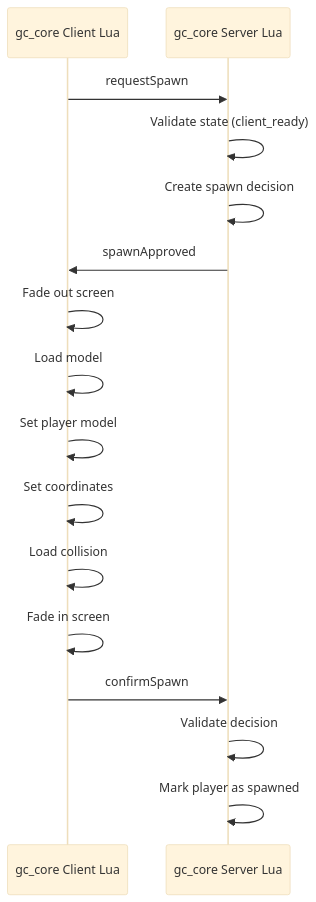
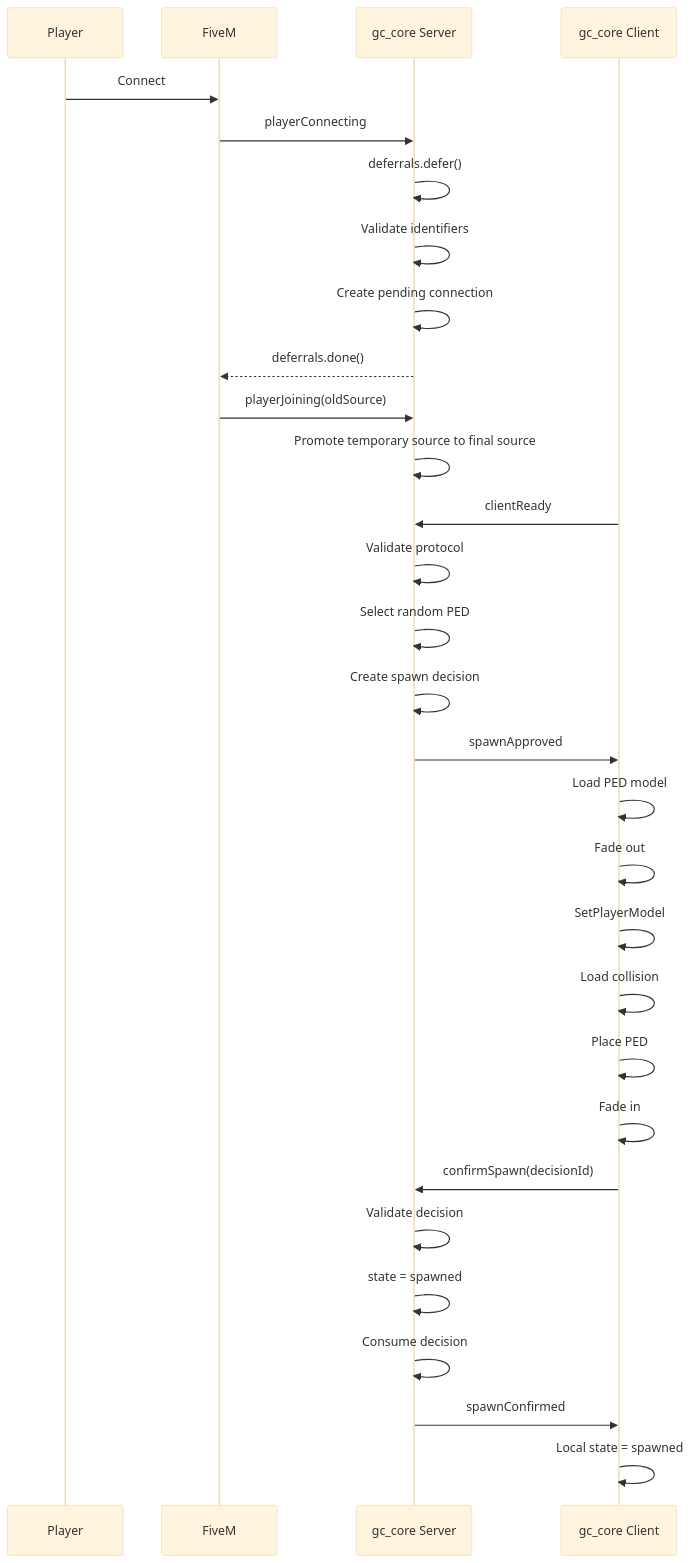
The diagram in docs/en/07-spawn-flow.md (chel38/GCore), drawn with Mermaid (base theme) before and after one commit. The commit also changed other lines of this file and 64 other files, not shown here.

````diff
--- a/docs/en/07-spawn-flow.md
+++ b/docs/en/07-spawn-flow.md
@@ -15,19 +22,38 @@
 ```mermaid
 sequenceDiagram
-    participant C as gc_core Client Lua
-    participant S as gc_core Server Lua
+    participant P as Player
+    participant F as FiveM
+    participant S as gc_core Server
+    participant C as gc_core Client
 
-    C->>S: requestSpawn
-    S->>S: Validate state (client_ready)
+    P->>F: Connect
+    F->>S: playerConnecting
+    S->>S: deferrals.defer()
+    S->>S: Validate identifiers
+    S->>S: Create pending connection
+    S-->>F: deferrals.done()
+
+    F->>S: playerJoining(oldSource)
+    S->>S: Promote temporary source to final source
+
+    C->>S: clientReady
+    S->>S: Validate protocol
+    S->>S: Select random PED
     S->>S: Create spawn decision
+
     S->>C: spawnApproved
-    C->>C: Fade out screen
-    C->>C: Load model
-    C->>C: Set player model
-    C->>C: Set coordinates
+    C->>C: Load PED model
+    C->>C: Fade out
+    C->>C: SetPlayerModel
     C->>C: Load collision
-    C->>C: Fade in screen
-    C->>S: confirmSpawn
+    C->>C: Place PED
+    C->>C: Fade in
+
+    C->>S: confirmSpawn(decisionId)
     S->>S: Validate decision
-    S->>S: Mark player as spawned
+    S->>S: state = spawned
+    S->>S: Consume decision
+
+    S->>C: spawnConfirmed
+    C->>C: Local state = spawned
 ```
````
